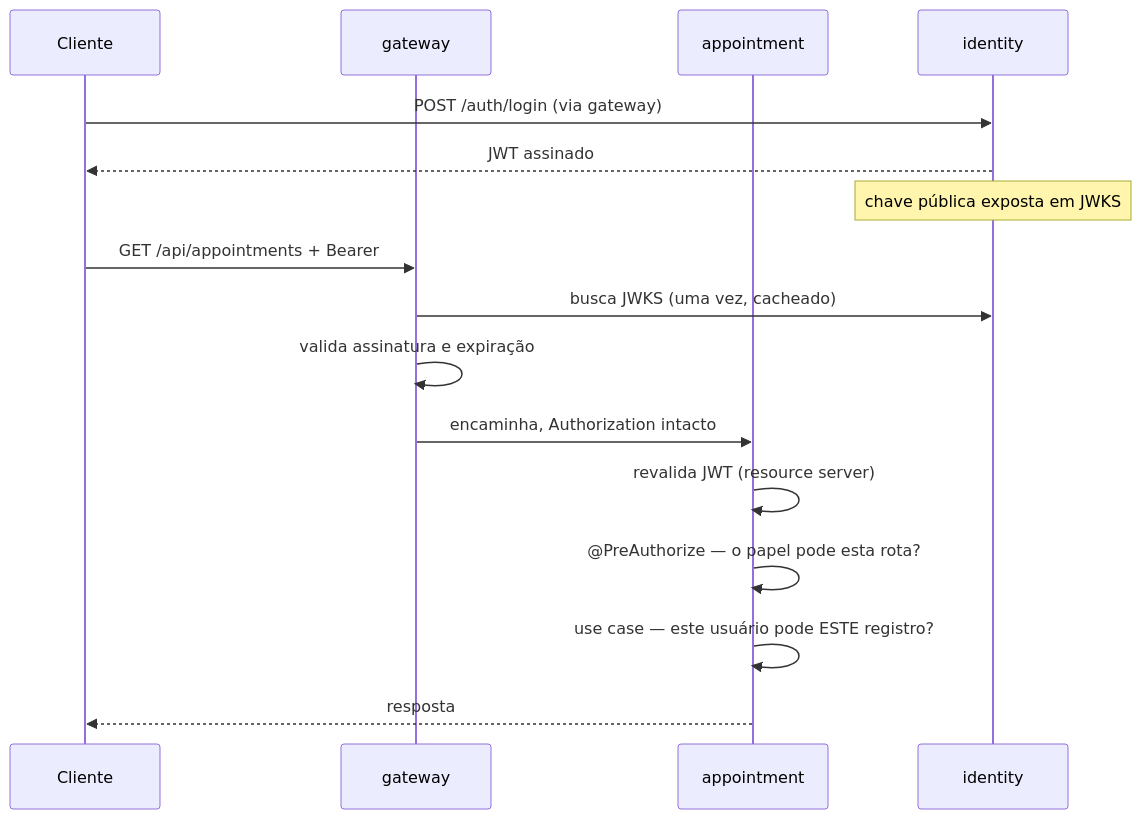
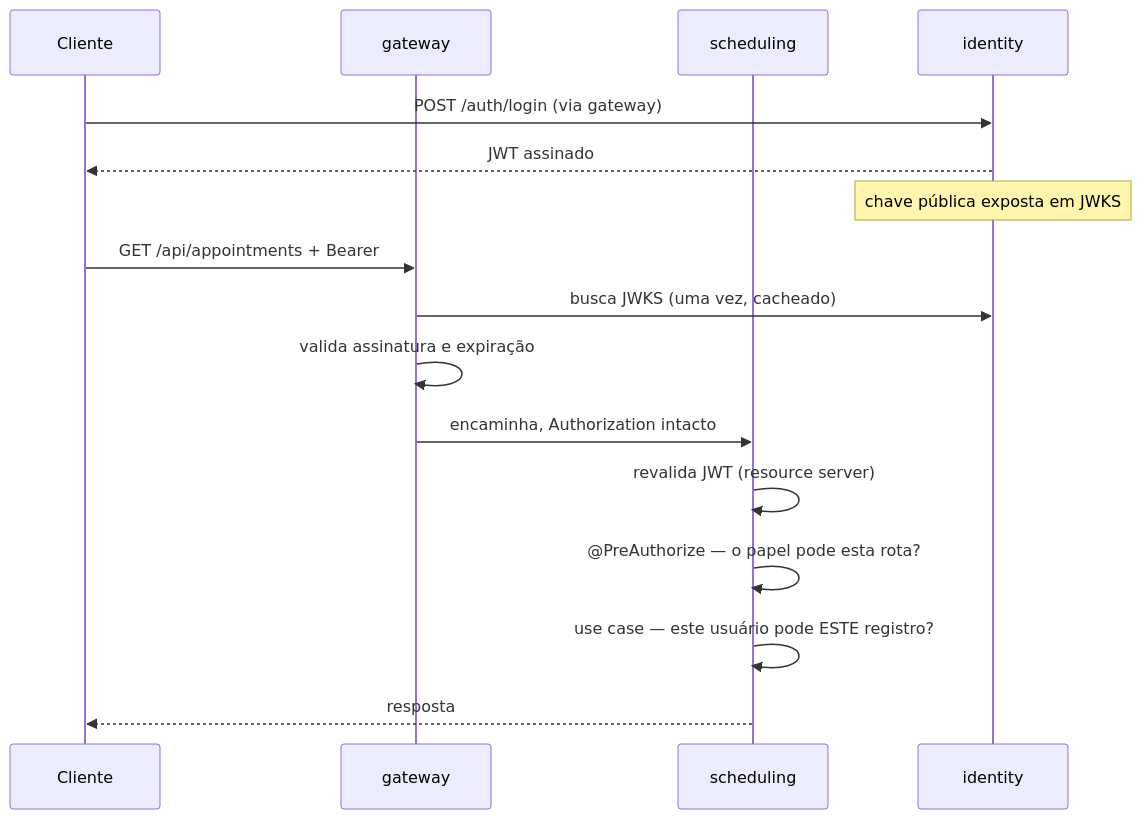
Before and after one commit to Team-2-FIAP-12ADJT/hospital-management: the fourth of 8 diagrams in docs/system-design.md, drawn with Mermaid. The commit also changed other lines of this file and 21 other files, not shown here.

First line of the commit message:
Refactor system architecture and documentation

````diff
--- a/docs/system-design.md
+++ b/docs/system-design.md
@@ -255,20 +440,20 @@
 ```mermaid
 sequenceDiagram
     participant C as Cliente
     participant G as gateway
-    participant A as appointment
+    participant S as scheduling
     participant I as identity
 
     C->>I: POST /auth/login (via gateway)
     I-->>C: JWT assinado
     Note over I: chave pública exposta em JWKS
 
     C->>G: GET /api/appointments + Bearer
     G->>I: busca JWKS (uma vez, cacheado)
     G->>G: valida assinatura e expiração
-    G->>A: encaminha, Authorization intacto
-    A->>A: revalida JWT (resource server)
-    A->>A: @PreAuthorize — o papel pode esta rota?
-    A->>A: use case — este usuário pode ESTE registro?
-    A-->>C: resposta
+    G->>S: encaminha, Authorization intacto
+    S->>S: revalida JWT (resource server)
+    S->>S: @PreAuthorize — o papel pode esta rota?
+    S->>S: use case — este usuário pode ESTE registro?
+    S-->>C: resposta
 ```
````
